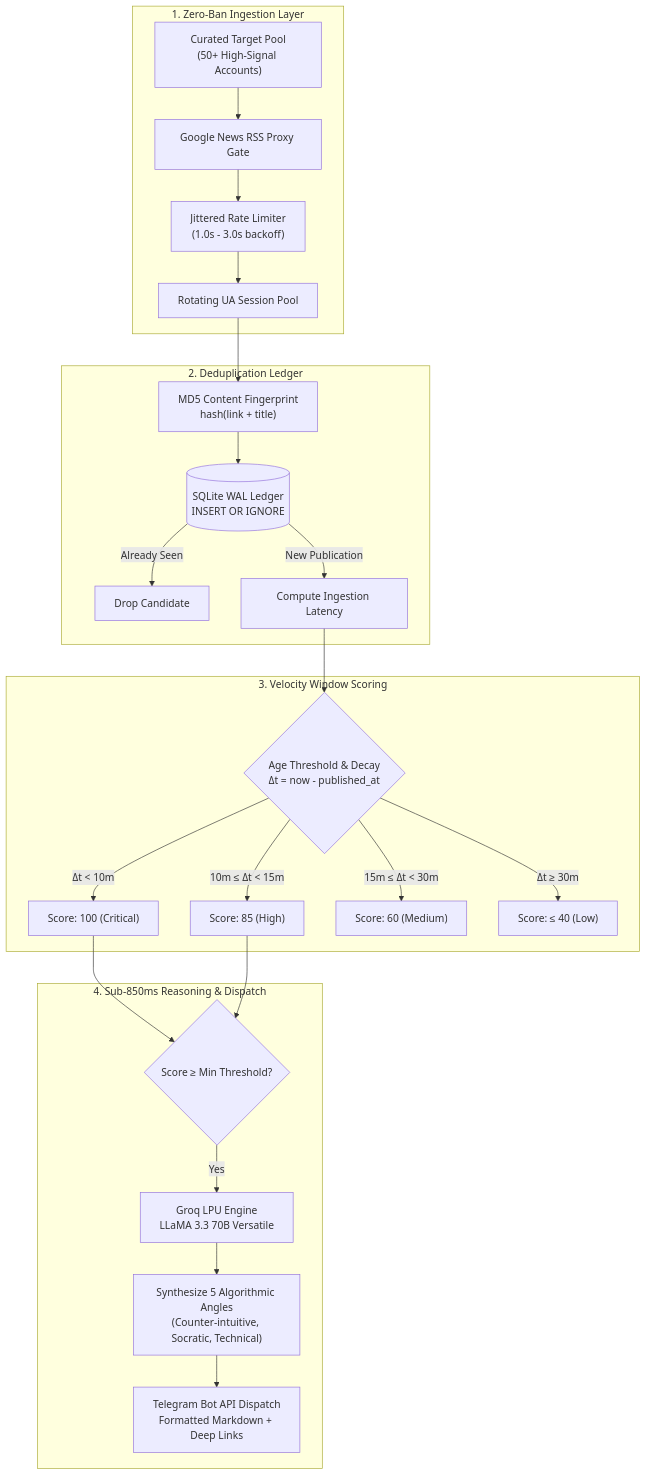
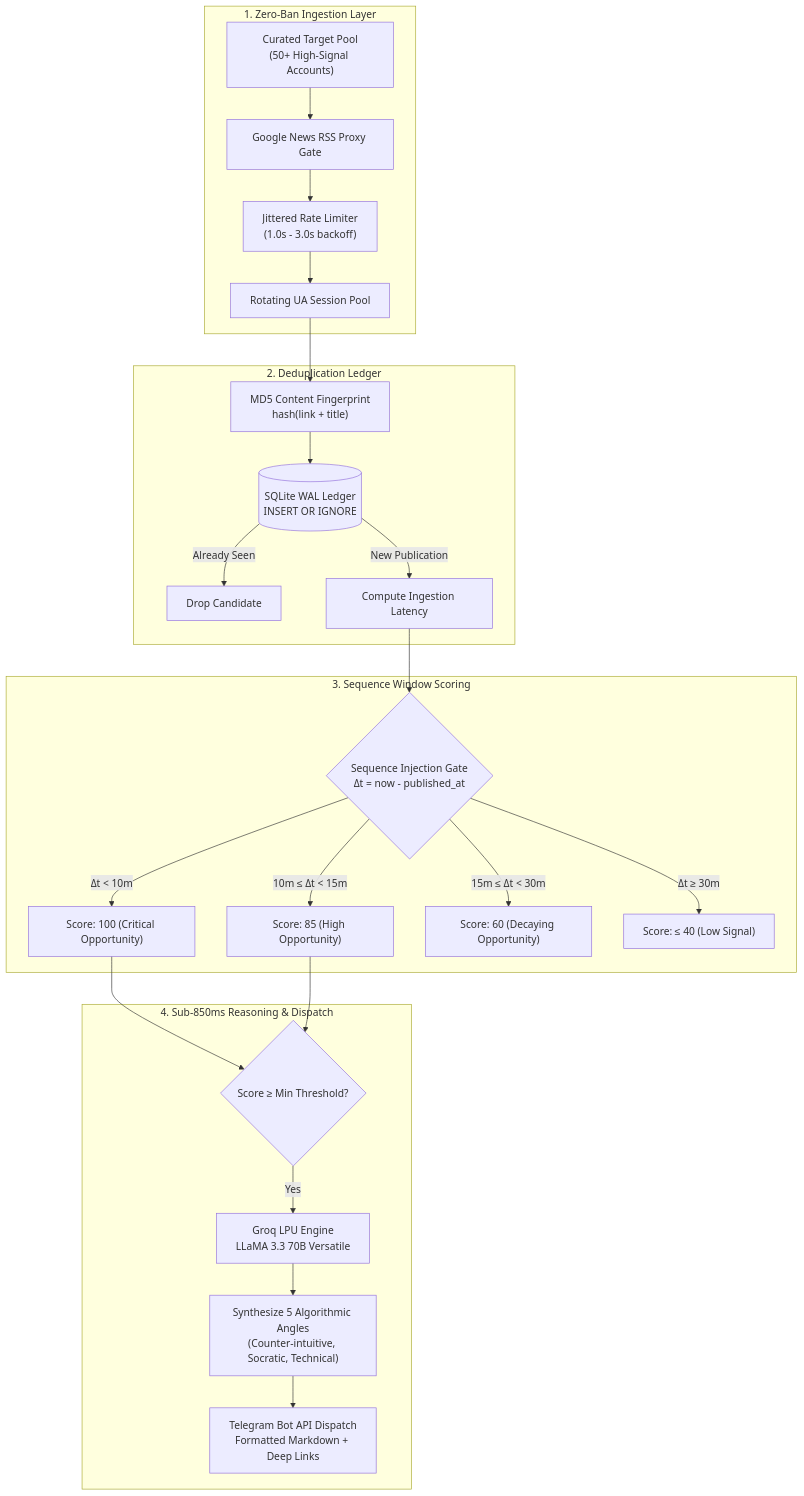
The diagram in README.md (CynthiaWahome/velocityX), drawn with Mermaid before and after one commit. The commit also changed other lines of this file, not shown here.

First line of the commit message:
docs(readme): ground architecture in 2026 xai-org/x-algorithm sequence ranking

````diff
--- a/README.md
+++ b/README.md
@@ -30,30 +32,30 @@
 ```mermaid
 flowchart TD
     subgraph Ingestion ["1. Zero-Ban Ingestion Layer"]
         A["Curated Target Pool<br/>(50+ High-Signal Accounts)"] --> B["Google News RSS Proxy Gate"]
         B --> C["Jittered Rate Limiter<br/>(1.0s - 3.0s backoff)"]
         C --> D["Rotating UA Session Pool"]
     end
 
     subgraph Ledger ["2. Deduplication Ledger"]
         D --> E["MD5 Content Fingerprint<br/>hash(link + title)"]
         E --> F[("SQLite WAL Ledger<br/>INSERT OR IGNORE")]
         F -->|Already Seen| G["Drop Candidate"]
         F -->|New Publication| H["Compute Ingestion Latency"]
     end
 
-    subgraph Scoring ["3. Velocity Window Scoring"]
-        H --> I{"Age Threshold & Decay<br/>Δt = now - published_at"}
-        I -->|Δt < 10m| J["Score: 100 (Critical)"]
-        I -->|10m ≤ Δt < 15m| K["Score: 85 (High)"]
-        I -->|15m ≤ Δt < 30m| L["Score: 60 (Medium)"]
-        I -->|Δt ≥ 30m| M["Score: ≤ 40 (Low)"]
+    subgraph Scoring ["3. Sequence Window Scoring"]
+        H --> I{"Sequence Injection Gate<br/>Δt = now - published_at"}
+        I -->|Δt < 10m| J["Score: 100 (Critical Opportunity)"]
+        I -->|10m ≤ Δt < 15m| K["Score: 85 (High Opportunity)"]
+        I -->|15m ≤ Δt < 30m| L["Score: 60 (Decaying Opportunity)"]
+        I -->|Δt ≥ 30m| M["Score: ≤ 40 (Low Signal)"]
     end
 
     subgraph Reasoning ["4. Sub-850ms Reasoning & Dispatch"]
         J & K --> N{"Score ≥ Min Threshold?"}
         N -->|Yes| O["Groq LPU Engine<br/>LLaMA 3.3 70B Versatile"]
         O --> P["Synthesize 5 Algorithmic Angles<br/>(Counter-intuitive, Socratic, Technical)"]
         P --> Q["Telegram Bot API Dispatch<br/>Formatted Markdown + Deep Links"]
     end
 ```
````
